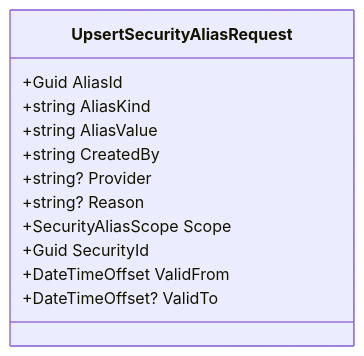
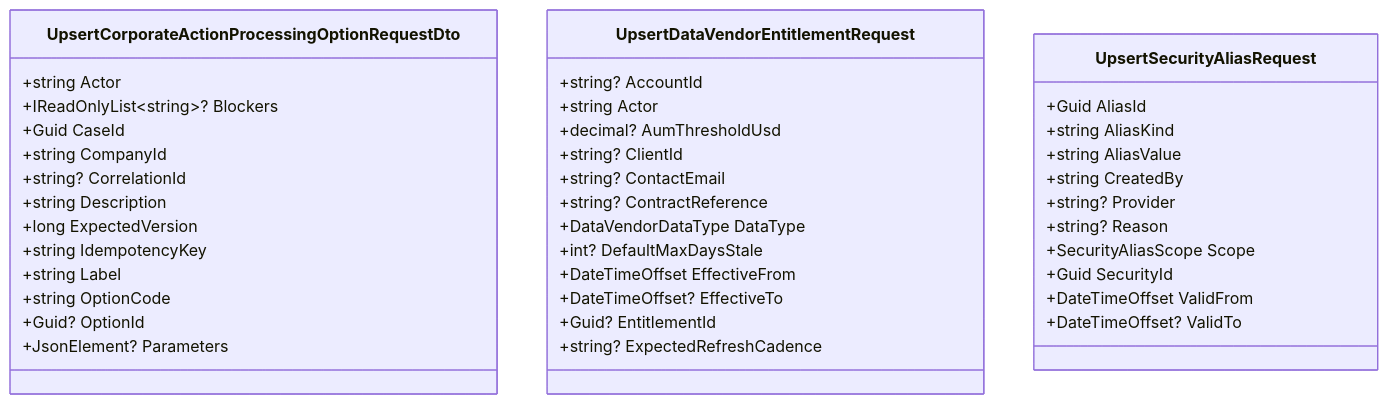
One commit to rodoHasArrived/Meridian-main changed the diagram in docs/generated/database/contracts/security-master-contracts-page-05.md. Above: the diagram before and after it, drawn with Mermaid. The commit also changed other lines of this file and 23 other files, not shown here.

````diff
--- a/docs/generated/database/contracts/security-master-contracts-page-05.md
+++ b/docs/generated/database/contracts/security-master-contracts-page-05.md
@@ -7,16 +7,44 @@
 ```mermaid
 classDiagram
     %% security-master-contracts: module mapping, not DTO/table equivalence
+    class Meridian_Contracts_SecurityMaster_UpsertCorporateActionProcessingOptionRequestDto["UpsertCorporateActionProcessingOptionRequestDto"] {
+        +string Actor
+        +IReadOnlyList~string~? Blockers
+        +Guid CaseId
+        +string CompanyId
+        +string? CorrelationId
+        +string Description
+        +long ExpectedVersion
+        +string IdempotencyKey
+        +string Label
+        +string OptionCode
+        +Guid? OptionId
+        +JsonElement? Parameters
+    }
+    class Meridian_Contracts_SecurityMaster_UpsertDataVendorEntitlementRequest["UpsertDataVendorEntitlementRequest"] {
+        +string? AccountId
+        +string Actor
+        +decimal? AumThresholdUsd
+        +string? ClientId
+        +string? ContactEmail
+        +string? ContractReference
+        +DataVendorDataType DataType
+        +int? DefaultMaxDaysStale
+        +DateTimeOffset EffectiveFrom
+        +DateTimeOffset? EffectiveTo
+        +Guid? EntitlementId
+        +string? ExpectedRefreshCadence
+    }
     class Meridian_Contracts_SecurityMaster_UpsertSecurityAliasRequest["UpsertSecurityAliasRequest"] {
         +Guid AliasId
         +string AliasKind
         +string AliasValue
         +string CreatedBy
         +string? Provider
         +string? Reason
         +SecurityAliasScope Scope
         +Guid SecurityId
         +DateTimeOffset ValidFrom
         +DateTimeOffset? ValidTo
     }
 ```
````
